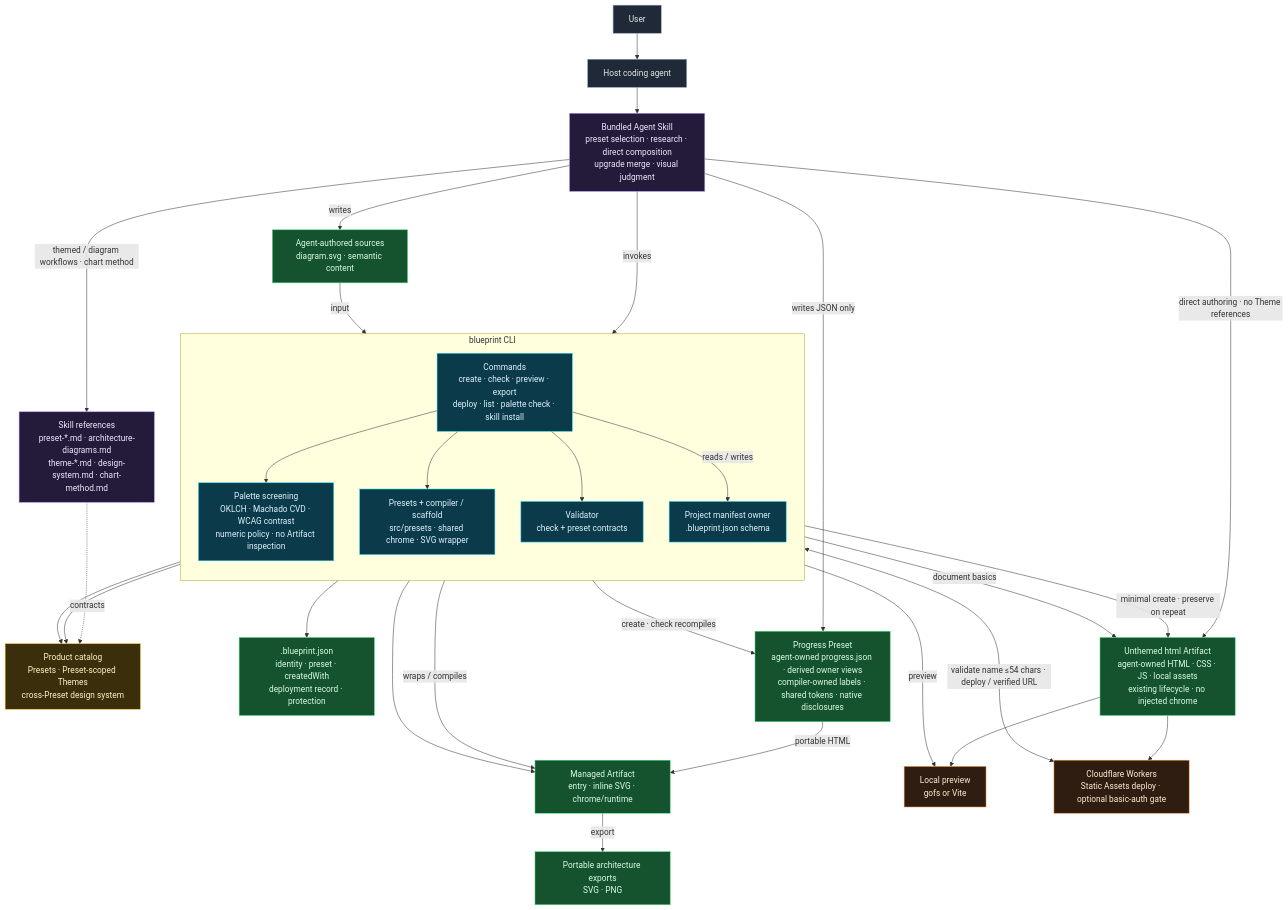
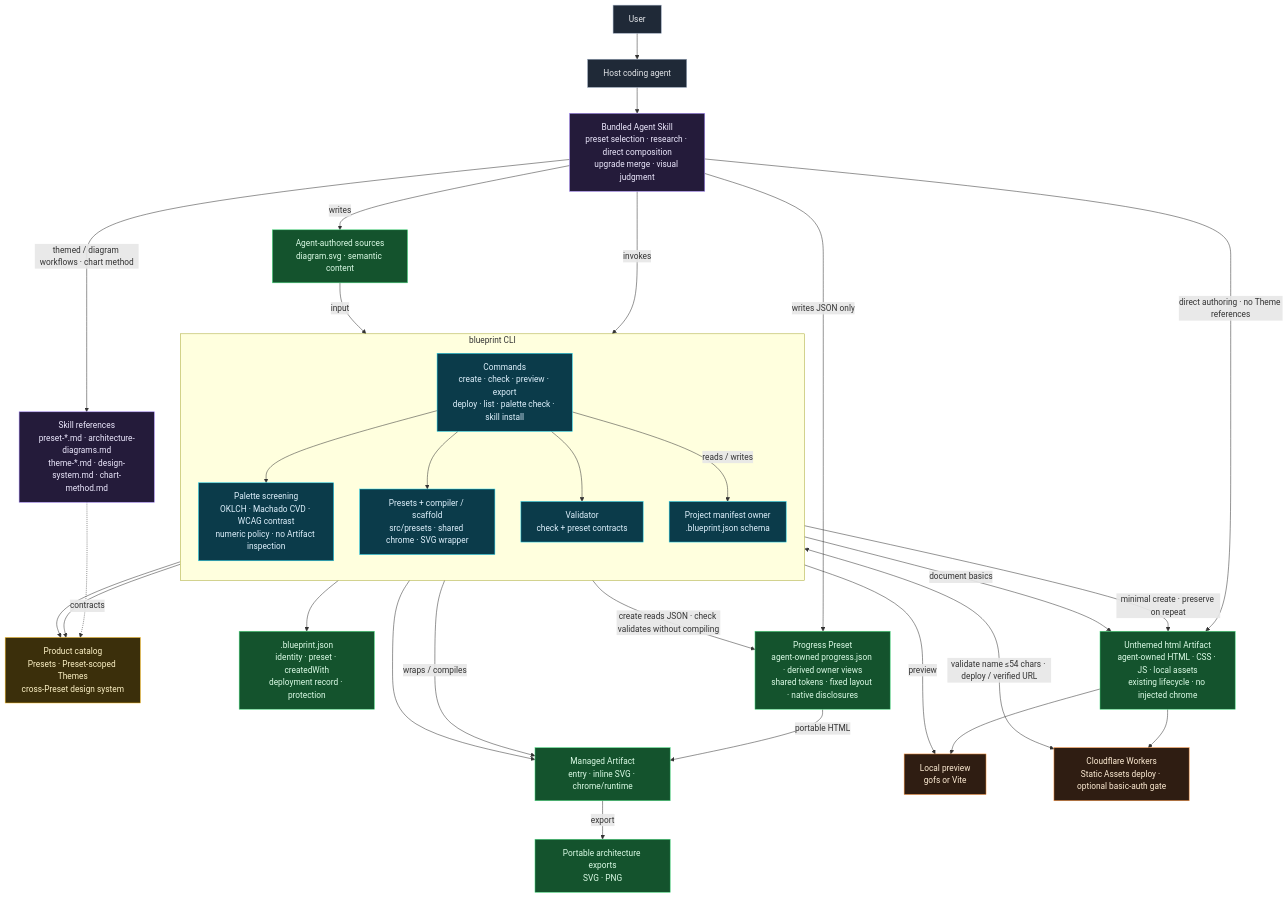
One commit to samzong/blueprint changed the diagram in docs/architecture/live/blueprint.mmd. Above: the diagram before and after it, drawn with Mermaid. The commit also changed 15 other files, not shown here.

```diff
--- a/docs/architecture/live/blueprint.mmd
+++ b/docs/architecture/live/blueprint.mmd
@@ -1,66 +1,66 @@
 %% blueprint — CLI + Agent Skill architecture
 %% Single source of truth for this repository's system boundary.
 %% UPDATE THIS FILE in the same change whenever the architecture changes.
 %% See README.md in this directory.
 flowchart TB
     classDef actor fill:#1f2937,stroke:#94a3b8,stroke-width:1px,color:#e5e7eb
     classDef skill fill:#241b3a,stroke:#a78bfa,stroke-width:1px,color:#ede9fe
     classDef cli fill:#0b3b4a,stroke:#22d3ee,stroke-width:1px,color:#e0f2fe
     classDef catalog fill:#3b2f0b,stroke:#fbbf24,stroke-width:1px,color:#fef3c7
     classDef artifact fill:#14532d,stroke:#4ade80,stroke-width:1px,color:#dcfce7
     classDef external fill:#2f1d12,stroke:#fb923c,stroke-width:1px,color:#ffedd5
 
     User["User"]:::actor
     Agent["Host coding agent"]:::actor
 
     Skill["Bundled Agent Skill<br/>preset selection · research · direct composition<br/>upgrade merge · visual judgment"]:::skill
     Refs["Skill references<br/>preset-*.md · architecture-diagrams.md<br/>theme-*.md · design-system.md · chart-method.md"]:::skill
 
     subgraph CLI["blueprint CLI"]
         direction TB
         Commands["Commands<br/>create · check · preview · export<br/>deploy · list · palette check · skill install"]:::cli
         Compiler["Presets + compiler / scaffold<br/>src/presets · shared chrome · SVG wrapper"]:::cli
         Validator["Validator<br/>check + preset contracts"]:::cli
         Palette["Palette screening<br/>OKLCH · Machado CVD · WCAG contrast<br/>numeric policy · no Artifact inspection"]:::cli
         Commands --> Palette
         Manifest["Project manifest owner<br/>.blueprint.json schema"]:::cli
         Commands --> Compiler
         Commands --> Validator
         Commands -->|"reads / writes"| Manifest
     end
 
     Catalog["Product catalog<br/>Presets · Preset-scoped Themes<br/>cross-Preset design system"]:::catalog
 
     Sources["Agent-authored sources<br/>diagram.svg · semantic content"]:::artifact
     Artifact["Managed Artifact<br/>entry · inline SVG · chrome/runtime"]:::artifact
     ProjectMeta[".blueprint.json<br/>identity · preset · createdWith<br/>deployment record · protection"]:::artifact
     Html["Unthemed html Artifact<br/>agent-owned HTML · CSS · JS · local assets<br/>existing lifecycle · no injected chrome"]:::artifact
-    Progress["Progress Preset<br/>agent-owned progress.json · derived owner views<br/>compiler-owned labels · shared tokens · native disclosures"]:::artifact
+    Progress["Progress Preset<br/>agent-owned progress.json · derived owner views<br/>shared tokens · fixed layout · native disclosures"]:::artifact
     Portable["Portable architecture exports<br/>SVG · PNG"]:::artifact
 
     Preview["Local preview<br/>gofs or Vite"]:::external
     Wrangler["Cloudflare Workers<br/>Static Assets deploy · optional basic-auth gate"]:::external
 
     User --> Agent
     Agent --> Skill
     Skill -->|"themed / diagram workflows · chart method"| Refs
     Skill -->|"invokes"| Commands
     Skill -->|"writes"| Sources
     Skill -->|"direct authoring · no Theme references"| Html
     Commands -->|"minimal create · preserve on repeat"| Html
     Validator -->|"document basics"| Html
     Html --> Preview
     Html --> Wrangler
     Refs -.->|"contracts"| Catalog
     Compiler --> Catalog
     Validator --> Catalog
     Sources -->|"input"| Compiler
     Compiler -->|"wraps / compiles"| Artifact
     Skill -->|"writes JSON only"| Progress
-    Commands -->|"create · check recompiles"| Progress
+    Commands -->|"create reads JSON · check validates without compiling"| Progress
     Progress -->|"portable HTML"| Artifact
     Artifact -->|"export"| Portable
     Validator --> Artifact
     Manifest --> ProjectMeta
     Commands -->|"preview"| Preview
     Commands <-->|"validate name ≤54 chars · deploy / verified URL"| Wrangler
```
